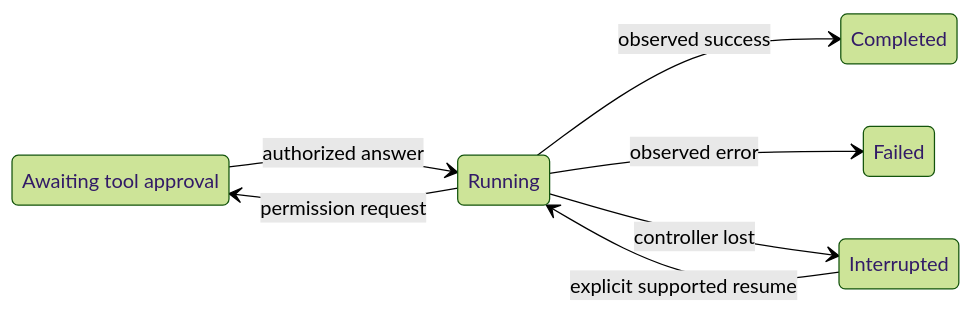
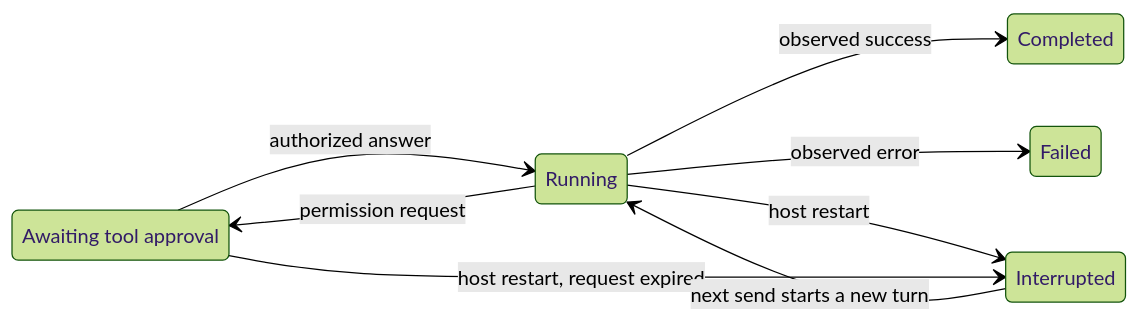
Before and after one commit to vivary-dev/vivary: the fifth of 12 diagrams in docs/product/multi-project/specification/journeys.md, drawn with Mermaid (forest theme). The commit also changed other lines of this file and 10 other files, not shown here.

First line of the commit message:
fix(code): expire pending Codex requests on restart and show Interrupted

````diff
--- a/docs/product/multi-project/specification/journeys.md
+++ b/docs/product/multi-project/specification/journeys.md
@@ -106,11 +106,12 @@
 ```mermaid
 stateDiagram-v2
   direction LR
   state "Awaiting tool approval" as AwaitingToolApproval
   Running --> AwaitingToolApproval: permission request
   AwaitingToolApproval --> Running: authorized answer
   Running --> Completed: observed success
   Running --> Failed: observed error
-  Running --> Interrupted: controller lost
-  Interrupted --> Running: explicit supported resume
+  Running --> Interrupted: host restart
+  AwaitingToolApproval --> Interrupted: host restart, request expired
+  Interrupted --> Running: next send starts a new turn
 ```
````
